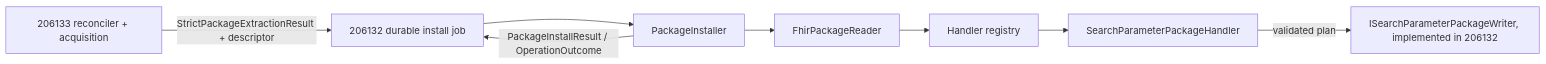
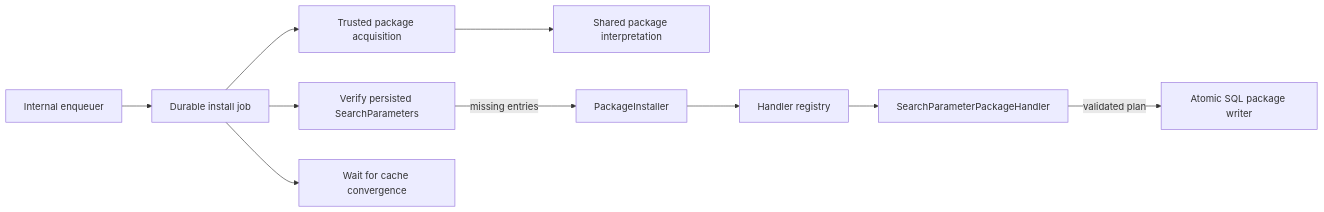
Before and after one commit to microsoft/fhir-server: the diagram in docs/arch/Proposals/fhir-npm-package-reader-design.md, drawn with Mermaid. The commit also changed other lines of this file and 52 other files, not shown here.

First line of the commit message:
Add FHIR Package Install functionality with verification and testing

````diff
--- a/docs/arch/Proposals/fhir-npm-package-reader-design.md
+++ b/docs/arch/Proposals/fhir-npm-package-reader-design.md
@@ -37,10 +38,12 @@
 ```mermaid
 flowchart LR
-    R[206133 reconciler + acquisition] -->|StrictPackageExtractionResult + descriptor| J[206132 durable install job]
-    J --> I[PackageInstaller]
-    I --> PR[FhirPackageReader]
-    PR --> H[Handler registry]
+    E[Internal enqueuer] --> J[Durable install job]
+    J --> A[Trusted package acquisition]
+    A --> PR[Shared package interpretation]
+    J --> V[Verify persisted SearchParameters]
+    V -->|missing entries| I[PackageInstaller]
+    I --> H[Handler registry]
     H --> SP[SearchParameterPackageHandler]
-    SP -->|validated plan| W[ISearchParameterPackageWriter, implemented in 206132]
-    I -->|PackageInstallResult / OperationOutcome| J
+    SP -->|validated plan| W[Atomic SQL package writer]
+    J --> C[Wait for cache convergence]
 ```
````
